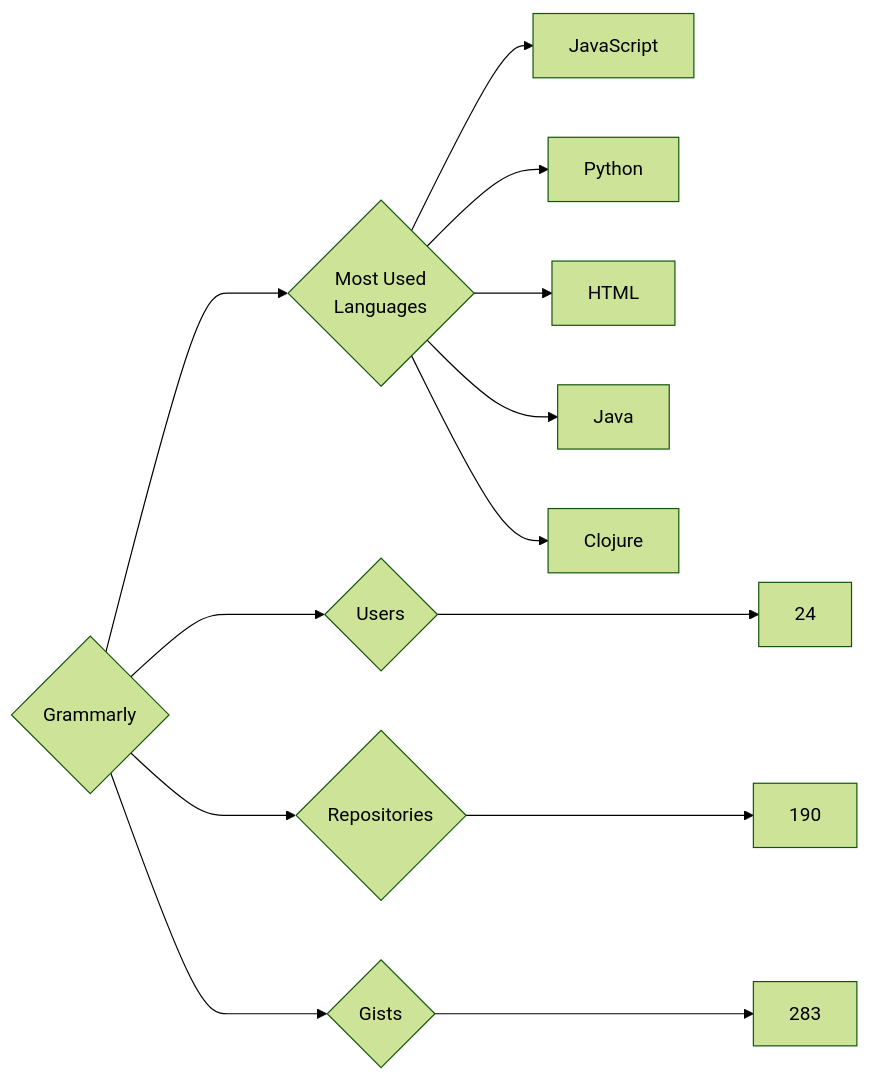
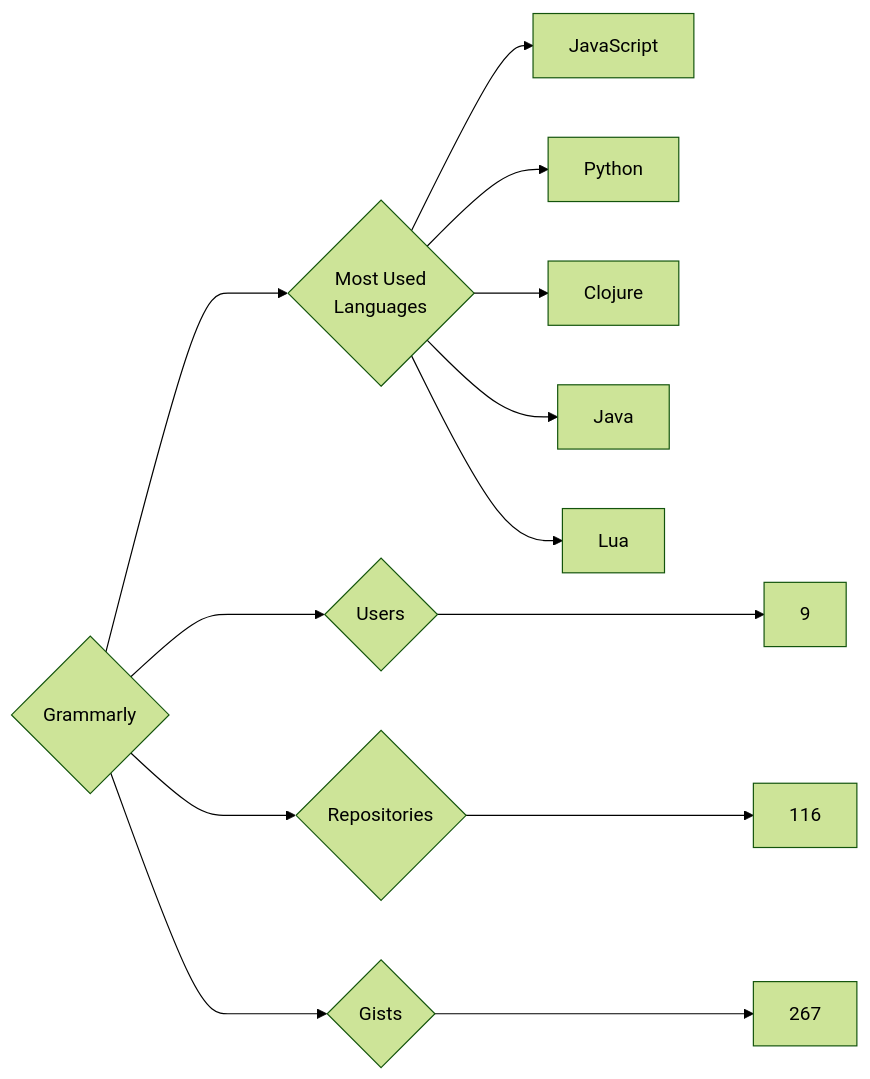
The diagram in targets/Grammarly/README.md (trickest/insiders), drawn with Mermaid (forest theme) before and after one commit. The commit also changed 924 other files, not shown here.

````diff
--- a/targets/Grammarly/README.md
+++ b/targets/Grammarly/README.md
@@ -3,13 +3,13 @@
 ```mermaid
 graph LR
 COMPANY_NAME{Grammarly}
-COMPANY_NAME ---> U{Users} ---> UN[24]
-COMPANY_NAME ---> R{Repositories} ---> RN[190]
-COMPANY_NAME ---> G{Gists} ---> GN[283]
+COMPANY_NAME ---> U{Users} ---> UN[9]
+COMPANY_NAME ---> R{Repositories} ---> RN[116]
+COMPANY_NAME ---> G{Gists} ---> GN[267]
 COMPANY_NAME ---> ML{Most Used<br>Languages}
 ML --> JavaScript[JavaScript]
 ML --> Python[Python]
-ML --> HTML[HTML]
+ML --> Clojure[Clojure]
 ML --> Java[Java]
-ML --> Clojure[Clojure]
+ML --> Lua[Lua]
 ```
````
